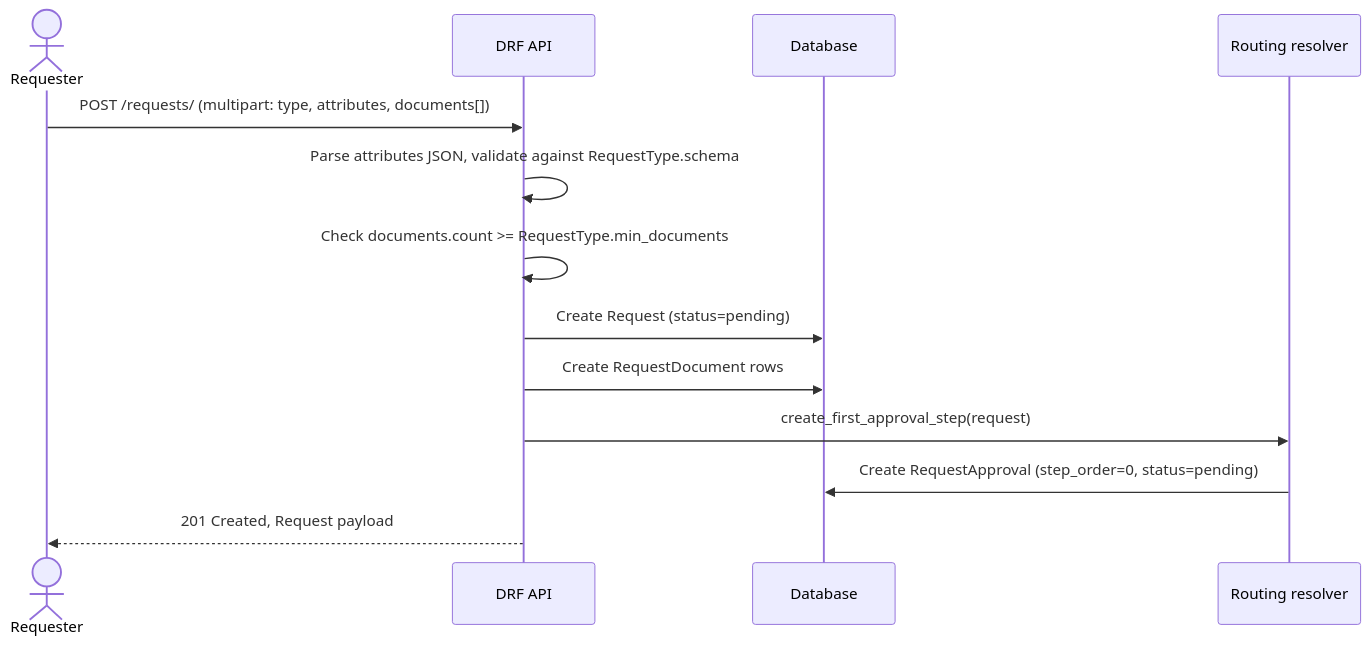
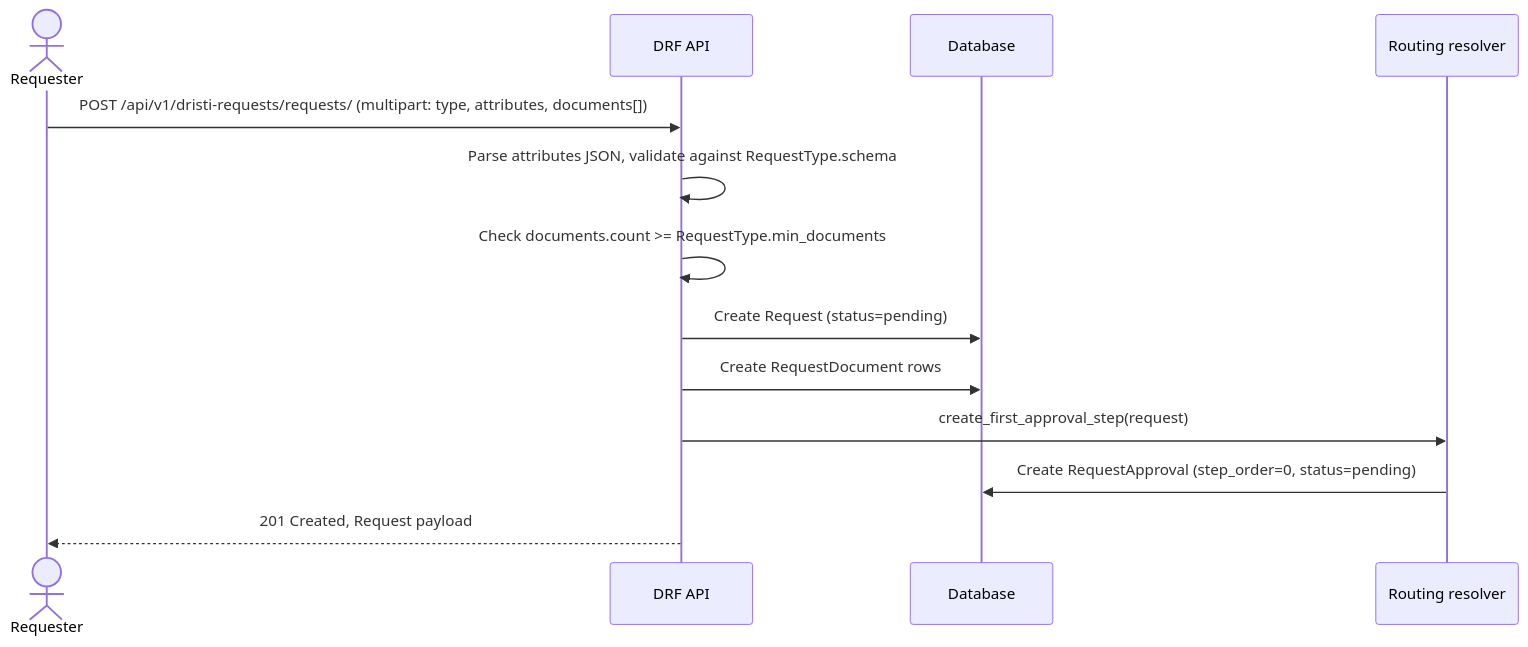
One commit to pucardotorg/dristi-be changed the fifth of 8 diagrams in spec/0010-simple-requests-flow.md. Above: the diagram before and after it, drawn with Mermaid. The commit also changed other lines of this file and 2 other files, not shown here.

Commit message:
Rename APIs endpoint requests with dristi-requests

````diff
--- a/spec/0010-simple-requests-flow.md
+++ b/spec/0010-simple-requests-flow.md
@@ -321,16 +321,16 @@
 ```mermaid
 sequenceDiagram
     actor U as Requester
     participant API as DRF API
     participant DB as Database
     participant R as Routing resolver
 
-    U->>API: POST /requests/ (multipart: type, attributes, documents[])
+    U->>API: POST /api/v1/dristi-requests/requests/ (multipart: type, attributes, documents[])
     API->>API: Parse attributes JSON, validate against RequestType.schema
     API->>API: Check documents.count >= RequestType.min_documents
     API->>DB: Create Request (status=pending)
     API->>DB: Create RequestDocument rows
     API->>R: create_first_approval_step(request)
     R->>DB: Create RequestApproval (step_order=0, status=pending)
     API-->>U: 201 Created, Request payload
 ```
````
